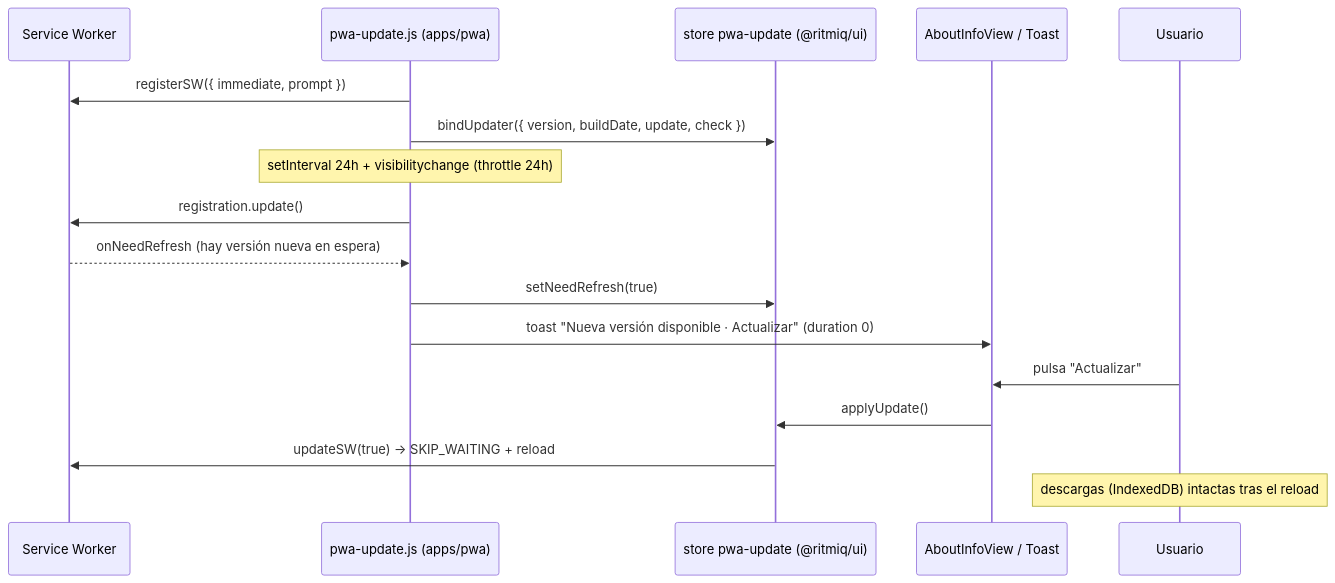
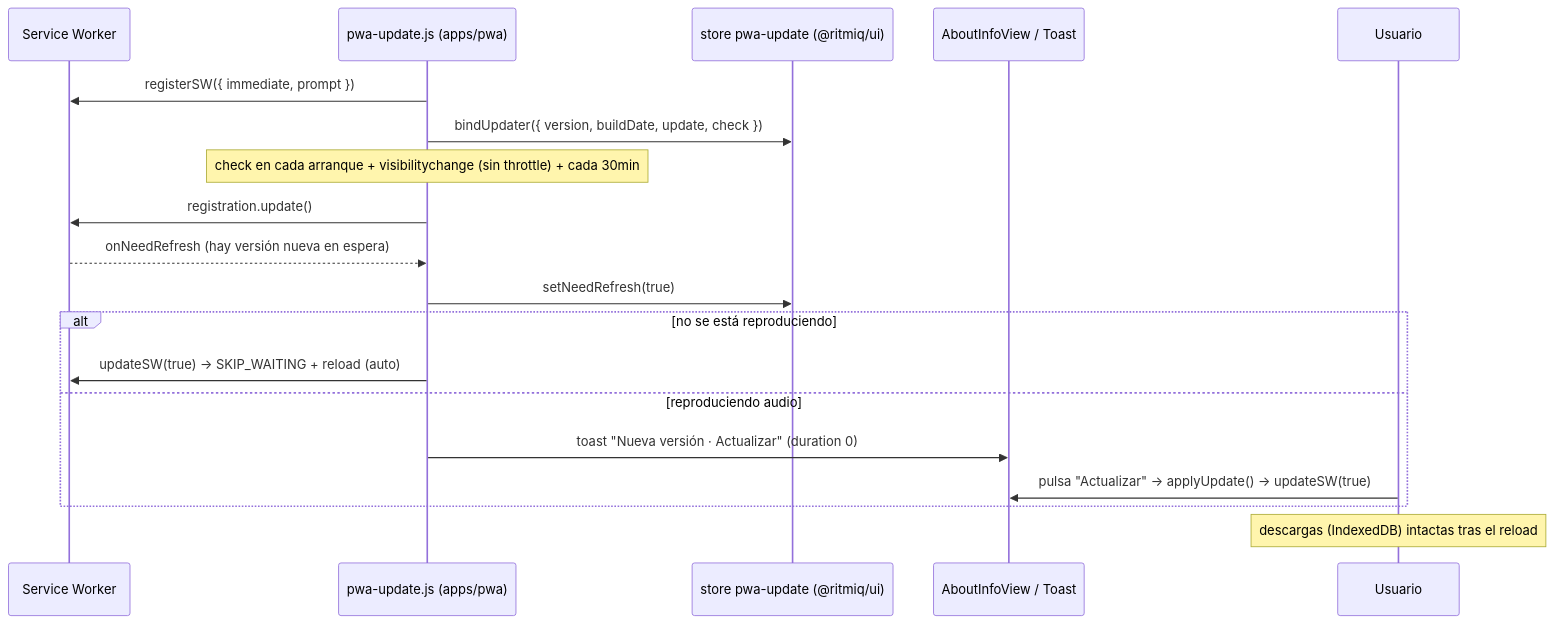
Before and after one commit to schormeikerlugo/Ritmiq: the diagram in docs/Ritmiq-Docs/03-PWA/Actualizaciones.md, drawn with Mermaid. The commit also changed other lines of this file and 5 other files, not shown here.

````diff
--- a/docs/Ritmiq-Docs/03-PWA/Actualizaciones.md
+++ b/docs/Ritmiq-Docs/03-PWA/Actualizaciones.md
@@ -33,20 +35,22 @@
 ```mermaid
 sequenceDiagram
   participant SW as Service Worker
   participant REG as pwa-update.js (apps/pwa)
   participant STORE as store pwa-update (@ritmiq/ui)
   participant UI as AboutInfoView / Toast
   participant U as Usuario
 
   REG->>SW: registerSW({ immediate, prompt })
   REG->>STORE: bindUpdater({ version, buildDate, update, check })
-  Note over REG: setInterval 24h + visibilitychange (throttle 24h)
+  Note over REG: check en cada arranque + visibilitychange (sin throttle) + cada 30min
   REG->>SW: registration.update()
   SW-->>REG: onNeedRefresh (hay versión nueva en espera)
   REG->>STORE: setNeedRefresh(true)
-  REG->>UI: toast "Nueva versión disponible · Actualizar" (duration 0)
-  U->>UI: pulsa "Actualizar"
-  UI->>STORE: applyUpdate()
-  STORE->>SW: updateSW(true) → SKIP_WAITING + reload
+  alt no se está reproduciendo
+    REG->>SW: updateSW(true) → SKIP_WAITING + reload (auto)
+  else reproduciendo audio
+    REG->>UI: toast "Nueva versión · Actualizar" (duration 0)
+    U->>UI: pulsa "Actualizar" → applyUpdate() → updateSW(true)
+  end
   Note over U: descargas (IndexedDB) intactas tras el reload
 ```
````
